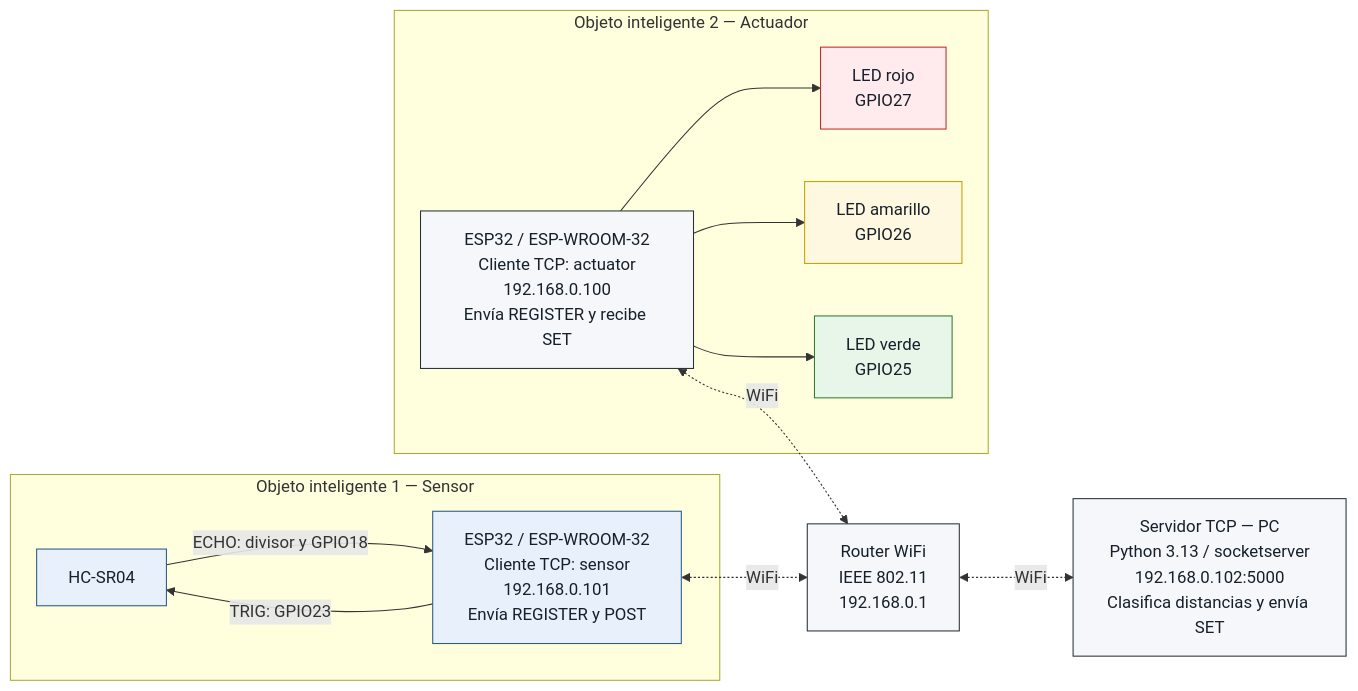
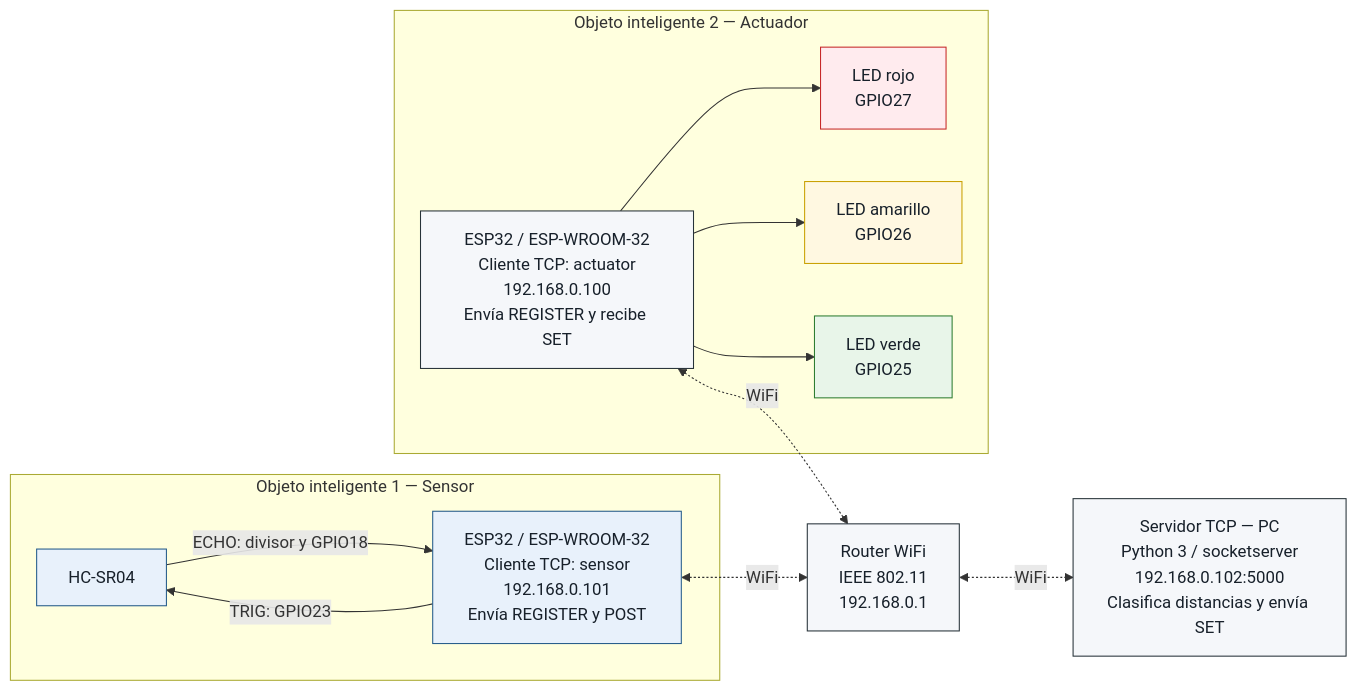
One commit to JustAdrianMercado/Integracion-de-Objetos-Inteligentes-con-TCP-IP changed the first of 5 diagrams in INFORME.md. Above: the diagram before and after it, drawn with Mermaid. The commit also changed other lines of this file and 11 other files, not shown here.

````diff
--- a/INFORME.md
+++ b/INFORME.md
@@ -112,37 +110,37 @@
 ```mermaid
 flowchart LR
     subgraph SENSOR["Objeto inteligente 1 — Sensor"]
         HC["HC-SR04"]
         ESP_S["ESP32 / ESP-WROOM-32<br/>Cliente TCP: sensor<br/>192.168.0.101<br/>Envía REGISTER y POST"]
         ESP_S -->|TRIG: GPIO23| HC
         HC -->|ECHO: divisor y GPIO18| ESP_S
     end
 
     ROUTER["Router WiFi<br/>IEEE 802.11<br/>192.168.0.1"]
-    PC["Servidor TCP — PC<br/>Python 3.13 / socketserver<br/>192.168.0.102:5000<br/>Clasifica distancias y envía SET"]
+    PC["Servidor TCP — PC<br/>Python 3 / socketserver<br/>192.168.0.102:5000<br/>Clasifica distancias y envía SET"]
 
     subgraph ACTUADOR["Objeto inteligente 2 — Actuador"]
         ESP_A["ESP32 / ESP-WROOM-32<br/>Cliente TCP: actuator<br/>192.168.0.100<br/>Envía REGISTER y recibe SET"]
         LR["LED rojo<br/>GPIO27"]
         LA["LED amarillo<br/>GPIO26"]
         LV["LED verde<br/>GPIO25"]
         ESP_A --> LR
         ESP_A --> LA
         ESP_A --> LV
     end
 
     ESP_S <-.->|WiFi| ROUTER
     ESP_A <-.->|WiFi| ROUTER
     ROUTER <-.->|WiFi| PC
 
     classDef sensor fill:#e8f1fb,stroke:#245b8a,color:#17202a;
     classDef equipo fill:#f5f7fa,stroke:#263238,color:#17202a;
     classDef rojo fill:#ffebee,stroke:#c62828,color:#17202a;
     classDef amarillo fill:#fff8e1,stroke:#c9a000,color:#17202a;
     classDef verde fill:#e8f5e9,stroke:#2e7d32,color:#17202a;
     class HC,ESP_S sensor;
     class ROUTER,PC,ESP_A equipo;
     class LR rojo;
     class LA amarillo;
     class LV verde;
 ```
````
